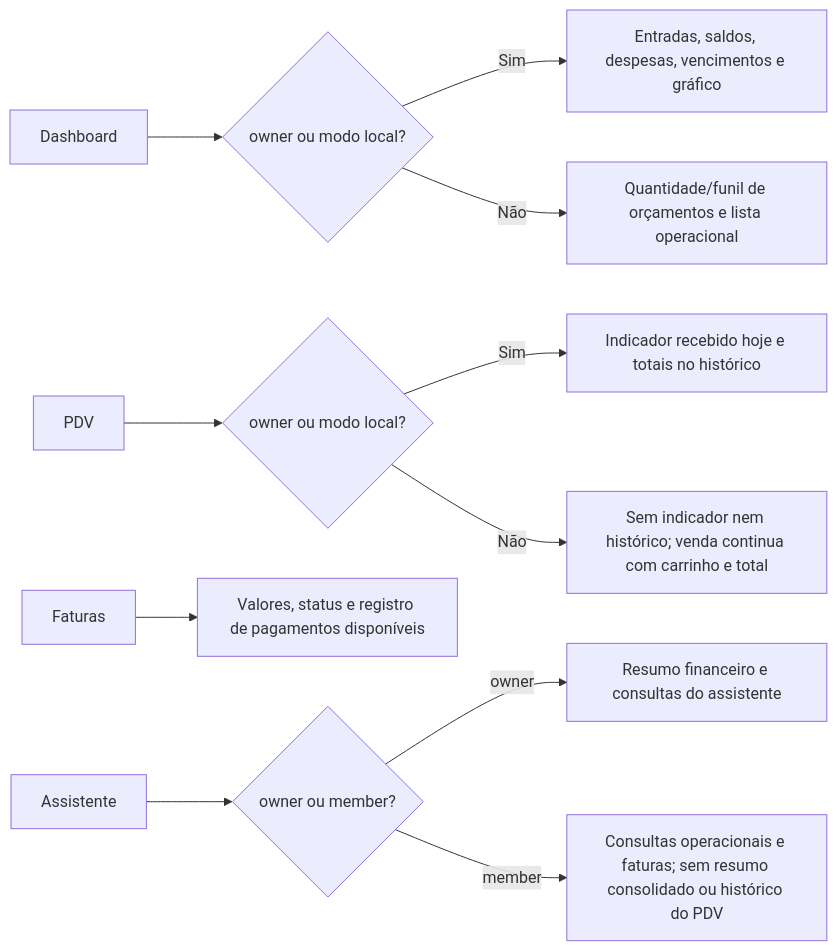
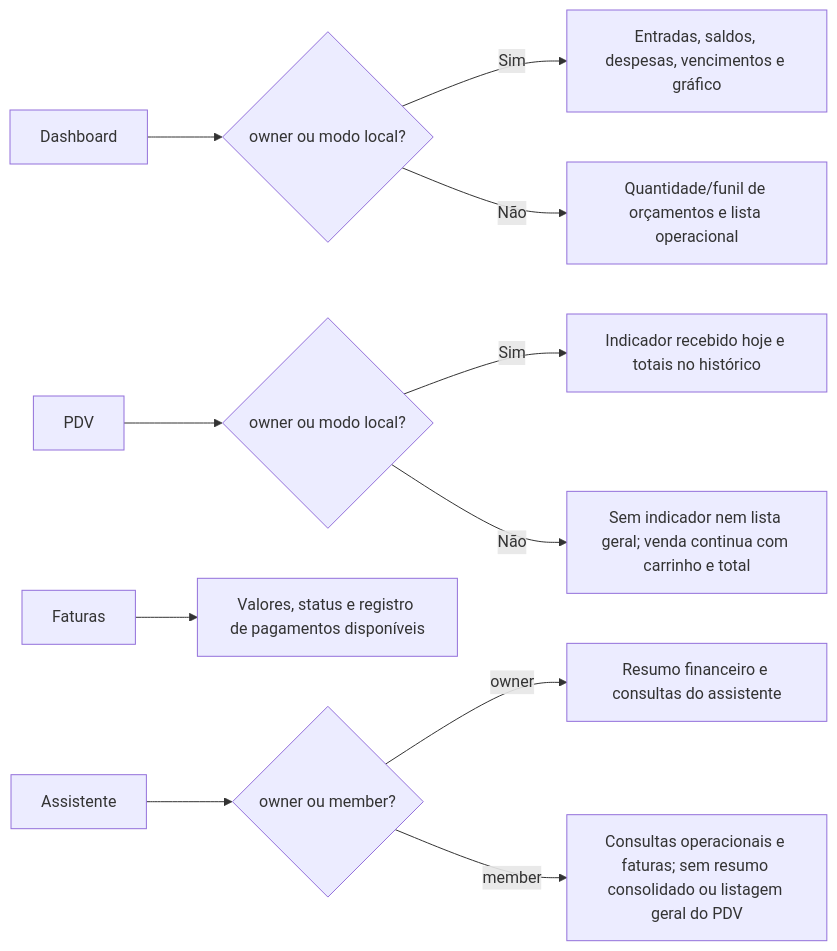
The fourth of 6 diagrams in FLUXOGRAMA.md (rockbca-dotcom/grafica-livre), drawn with Mermaid before and after one commit. The commit also changed other lines of this file and 11 other files, not shown here.

````diff
--- a/FLUXOGRAMA.md
+++ b/FLUXOGRAMA.md
@@ -44,13 +64,13 @@
 ```mermaid
 flowchart LR
     D[Dashboard] --> O{owner ou modo local?}
     O -- Sim --> FIN[Entradas, saldos, despesas, vencimentos e gráfico]
     O -- Não --> OP[Quantidade/funil de orçamentos e lista operacional]
     P[PDV] --> P2{owner ou modo local?}
     P2 -- Sim --> PFIN[Indicador recebido hoje e totais no histórico]
-    P2 -- Não --> PQUIET[Sem indicador nem histórico; venda continua com carrinho e total]
+    P2 -- Não --> PQUIET[Sem indicador nem lista geral; venda continua com carrinho e total]
     F[Faturas] --> F1[Valores, status e registro de pagamentos disponíveis]
     A[Assistente] --> A1{owner ou member?}
     A1 -- owner --> A2[Resumo financeiro e consultas do assistente]
-    A1 -- member --> A3[Consultas operacionais e faturas; sem resumo consolidado ou histórico do PDV]
+    A1 -- member --> A3[Consultas operacionais e faturas; sem resumo consolidado ou listagem geral do PDV]
 ```
````
